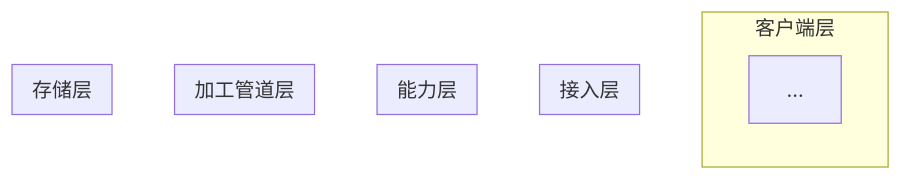
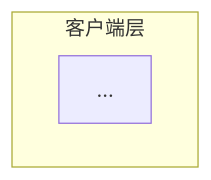
One commit to wkevin/skills changed the first of 6 diagrams in skills/dev/wkevin-5-views/example.md. Above: the diagram before and after it, drawn with Mermaid. The commit also changed other lines of this file and 1 other file, not shown here.

````diff
--- a/skills/dev/wkevin-5-views/example.md
+++ b/skills/dev/wkevin-5-views/example.md
@@ -19,18 +63,7 @@
 ```mermaid
 graph TB
     subgraph Client["客户端层"]
         ...
     end
-    subgraph Gateway["接入层"]
-        ...
-    end
-    subgraph Capability["能力层"]
-        ...
-    end
-    subgraph Pipeline["加工管道层"]
-        ...
-    end
-    subgraph Storage["存储层"]
-        ...
-    end
+    ...
 ```
````
